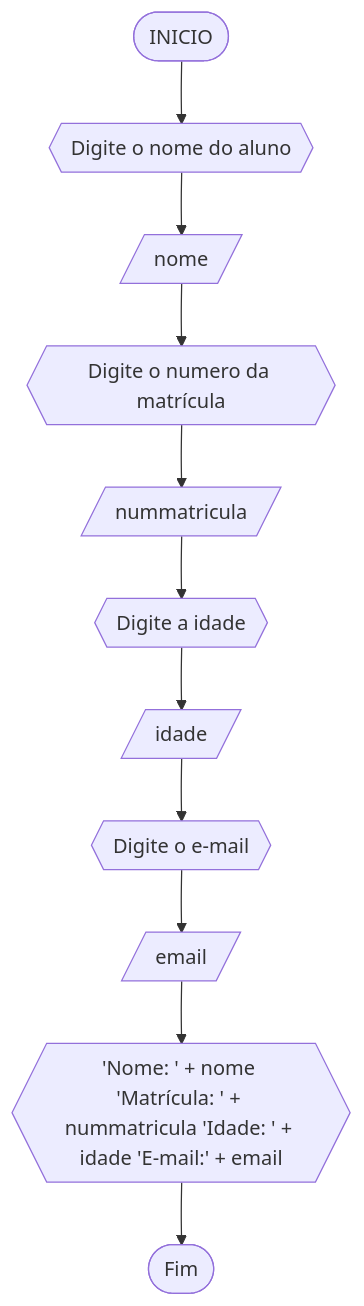
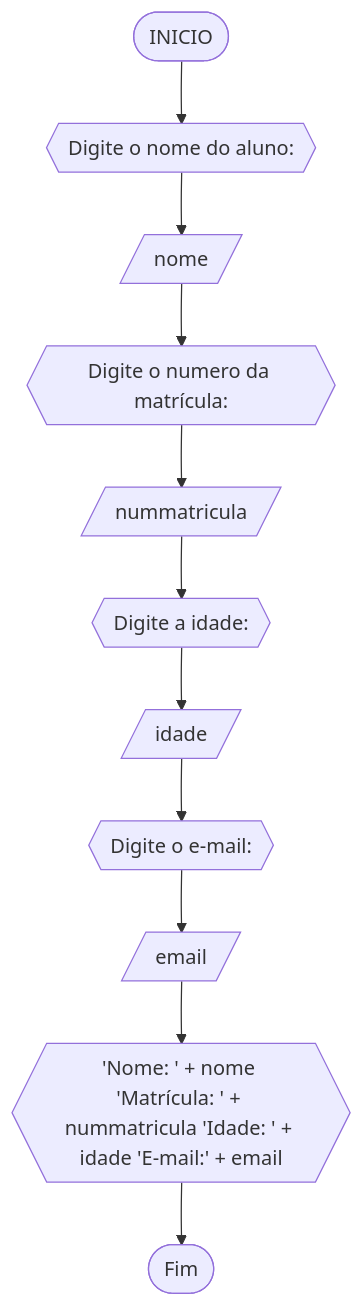
One commit to eryckmike/Unifor changed the ninth of 10 diagrams in RLA/Lista2_exercicios.md. Above: the diagram before and after it, drawn with Mermaid. The commit also changed other lines of this file, not shown here.

````diff
--- a/RLA/Lista2_exercicios.md
+++ b/RLA/Lista2_exercicios.md
@@ -209,13 +227,13 @@
 ```mermaid 
 flowchart TD
-A([INICIO]) --> B{{Digite o nome do aluno}}
+A([INICIO]) --> B{{Digite o nome do aluno:}}
 B --> C[/nome/]
-C --> D{{Digite o numero da matrícula}}
+C --> D{{Digite o numero da matrícula:}}
 D --> E[/nummatricula/]
-E --> F{{Digite a idade}}
+E --> F{{Digite a idade:}}
 F --> G[/idade/]
-G --> H{{Digite o e-mail}}
+G --> H{{Digite o e-mail:}}
 H --> J[/email/]
 J --> K{{"'Nome: ' + nome 'Matrícula: ' + nummatricula 'Idade: ' + idade 'E-mail:' + email"}}
 K --> L([Fim])
 ```
````
